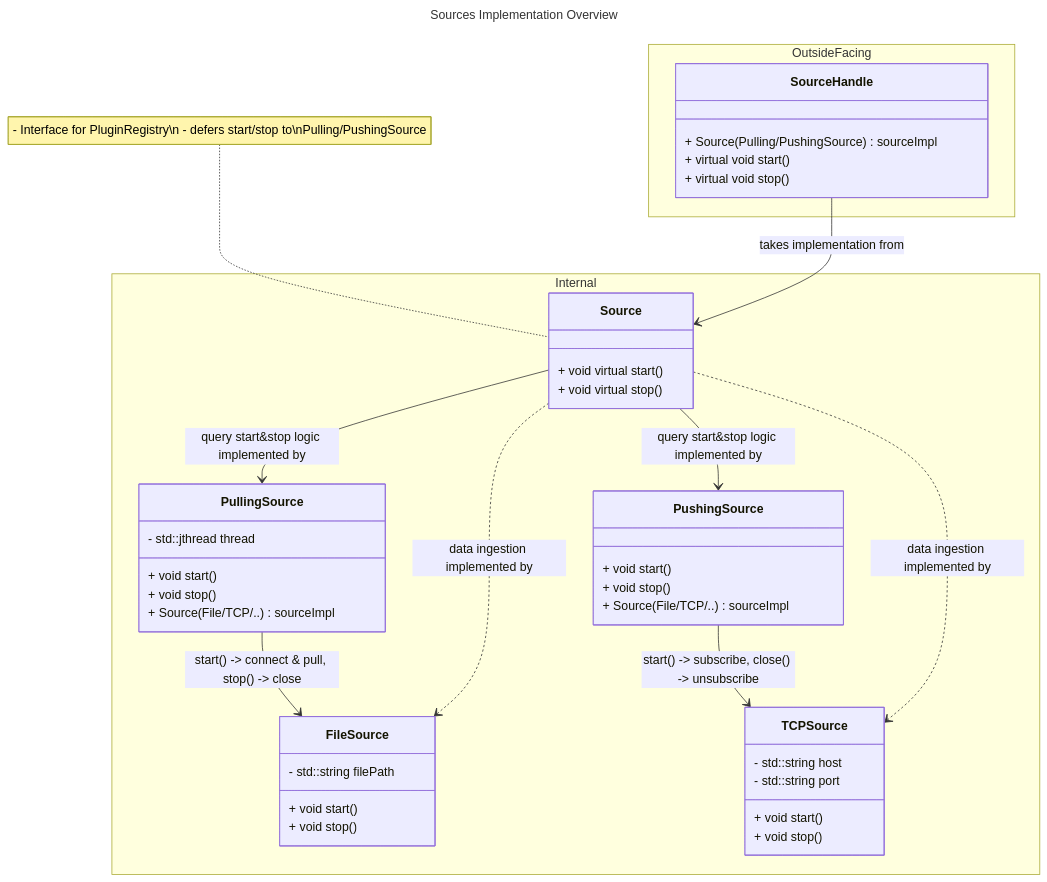
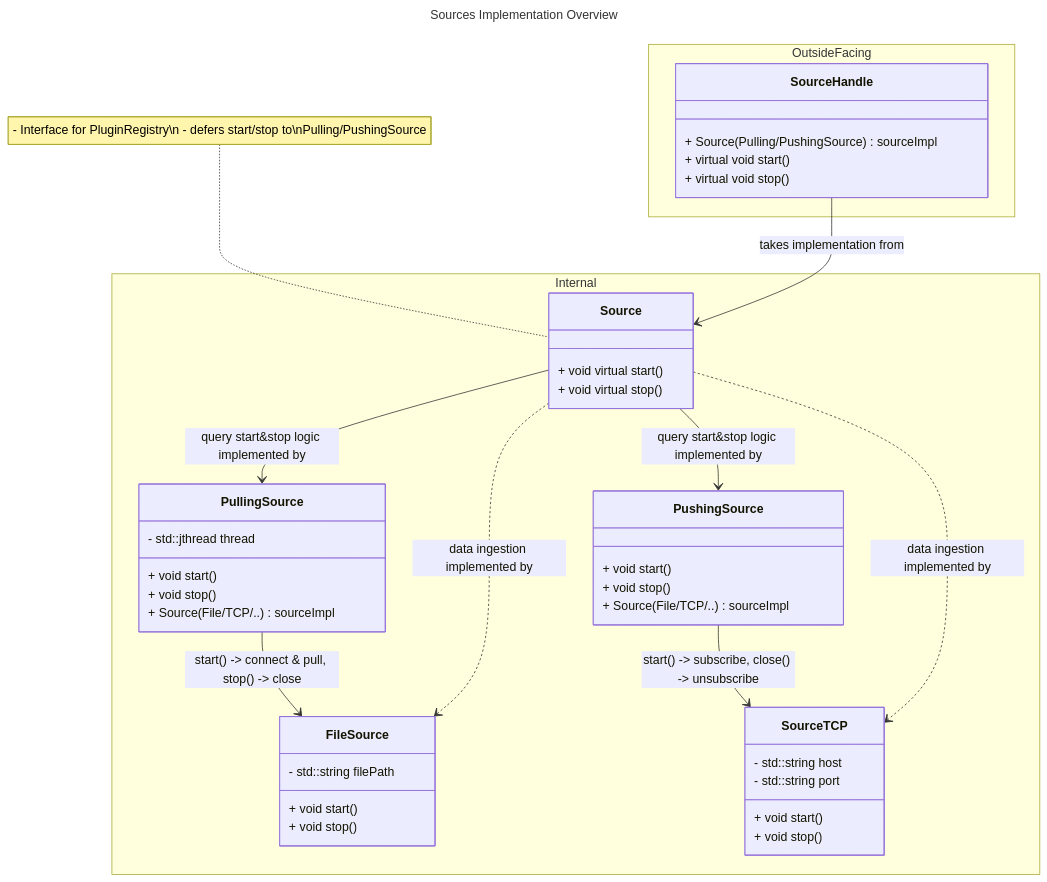
Before and after one commit to nebulastream/nebulastream: the fourth of 4 diagrams in nes-sources/src/ClassHierarchy.md, drawn with Mermaid. The commit also changed other lines of this file and 47 other files, not shown here.

````diff
--- a/nes-sources/src/ClassHierarchy.md
+++ b/nes-sources/src/ClassHierarchy.md
@@ -176,57 +176,57 @@
 ```mermaid
 ---
 title: Sources Implementation Overview
 ---
 classDiagram
     SourceHandle --> Source : takes implementation from
     Source --> PullingSource : query start&stop logic implemented by
     Source --> PushingSource : query start&stop logic implemented by
     PullingSource --> FileSource : start() -> connect & pull, stop() -> close
-    PushingSource --> TCPSource : start() -> subscribe, close() -> unsubscribe
+    PushingSource --> SourceTCP : start() -> subscribe, close() -> unsubscribe
     Source ..> FileSource : data ingestion implemented by 
-    Source ..> TCPSource : data ingestion implemented by
+    Source ..> SourceTCP : data ingestion implemented by
     
     note for Source "- Interface for PluginRegistry\n - defers start/stop to\nPulling/PushingSource"
     
 namespace OutsideFacing {
     class SourceHandle {
         + Source(Pulling/PushingSource) sourceImpl
         + virtual void start()
         + virtual void stop()
     }
 }
 
 namespace Internal {
     %% Source is the interface for the PluginRegistry for sources
     class Source {
         + void virtual start()
         + void virtual stop()
     }
     
     class PullingSource {
         + void start()
         + void stop()
         - std::jthread thread
         + Source(File/TCP/..) sourceImpl
     }
     
     class PushingSource {
         + void start()
         + void stop()
         + Source(File/TCP/..) sourceImpl
     }
     
     class FileSource {
         + void start()
         + void stop()
         - std::string filePath
     }
     
-    class TCPSource {
+    class SourceTCP {
         + void start()
         + void stop()
         - std::string host
         - std::string port
     }
 }
 ```
````
